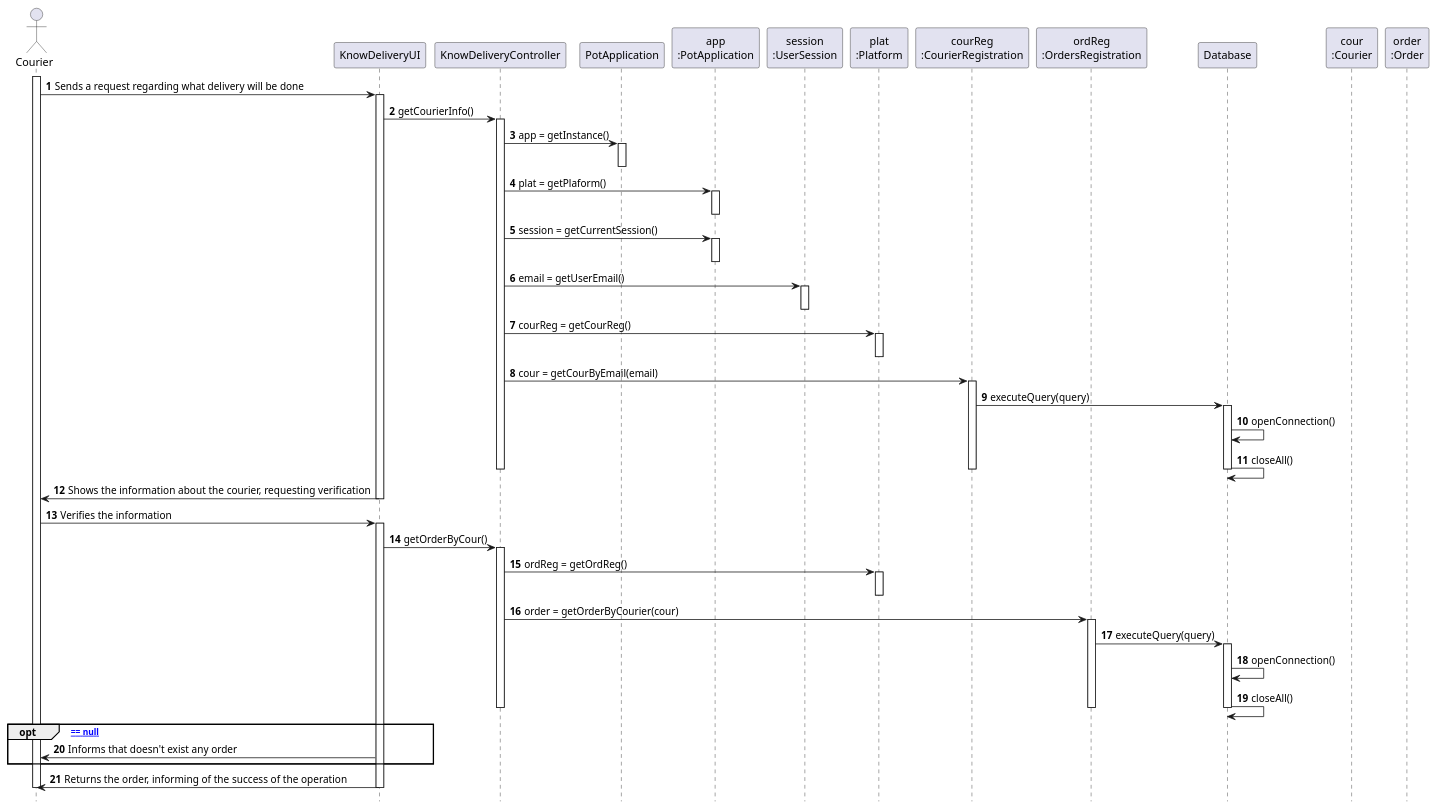
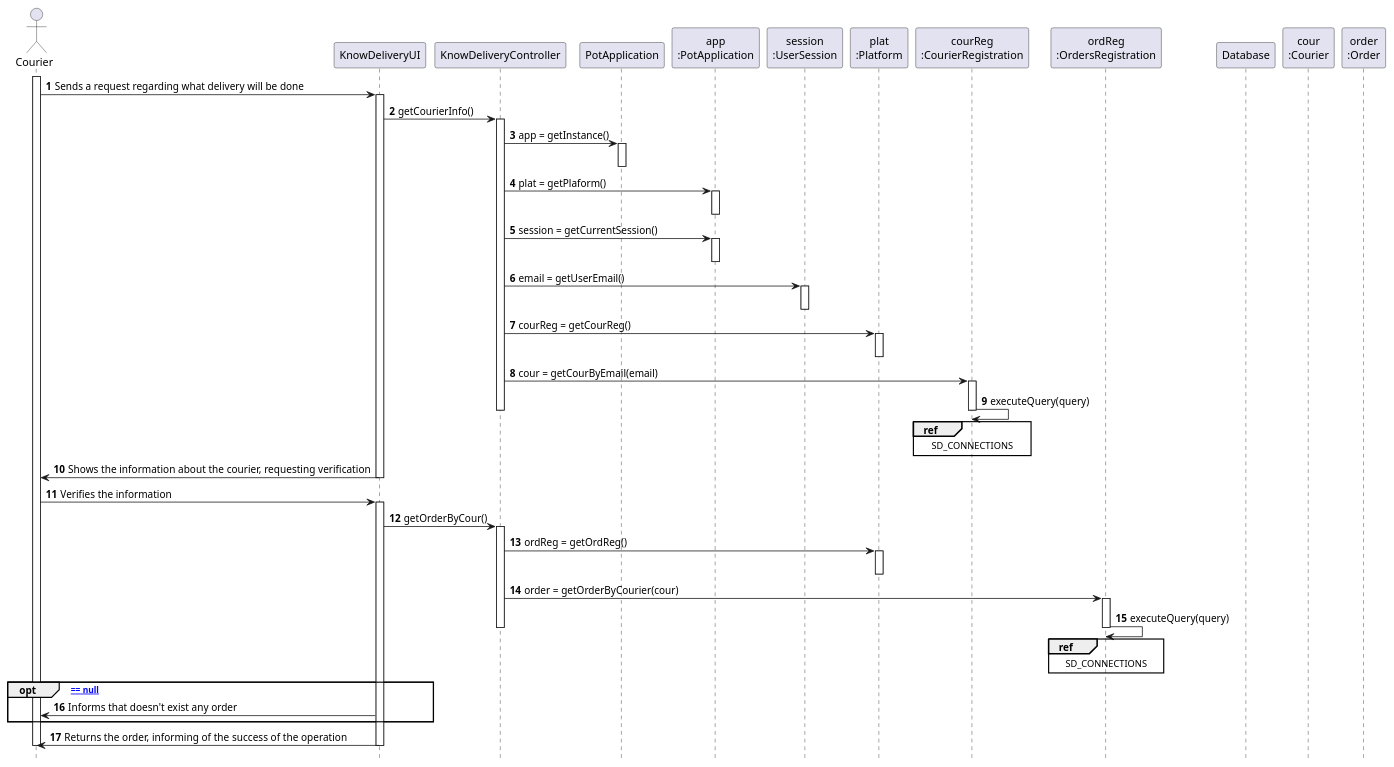
Before and after one commit to tiagoavcosta25/LAPR3: the diagram in docs/Iteration 1/Delivery Information/US48_KnowDelivery/US48_SD.puml, drawn with PlantUML. The commit also changed 3 other files, not shown here.

Commit message:
LAPR2AP2-{All Issues} #development Relational Model [Design] LAPR2AP2-48 #close SD [Design]

```diff
--- a/docs/Iteration 1/Delivery Information/US48_KnowDelivery/US48_SD.puml
+++ b/docs/Iteration 1/Delivery Information/US48_KnowDelivery/US48_SD.puml
@@ -1,77 +1,71 @@
 @startuml
 autonumber
 hide footbox
 
 actor "Courier" as COUR
 
 participant "KnowDeliveryUI" as UI
 participant "KnowDeliveryController" as CTRL
 participant "PotApplication" as _APP
 participant "app\n:PotApplication" as APP
 participant "session\n:UserSession" as SESSION
 participant "plat\n:Platform" as PLAT
 participant "courReg\n:CourierRegistration" as COURREG
 participant "ordReg\n:OrdersRegistration" as ORDREG
 participant "Database" as DB
 participant "cour\n:Courier" as C
 participant "order\n:Order" as O
 
 activate COUR
 
 COUR -> UI : Sends a request regarding what delivery will be done
 activate UI
 UI -> CTRL : getCourierInfo()
 activate CTRL
 CTRL -> _APP: app = getInstance()
 activate _APP
 deactivate _APP
 
 CTRL -> APP: plat = getPlaform()
 activate APP
 deactivate APP
 
 CTRL -> APP: session = getCurrentSession()
 activate APP
 deactivate APP
 
 CTRL -> SESSION: email = getUserEmail()
 activate SESSION
 deactivate SESSION
 CTRL -> PLAT : courReg = getCourReg()
 activate PLAT
 deactivate PLAT
 CTRL -> COURREG : cour = getCourByEmail(email)
 activate COURREG
-COURREG -> DB : executeQuery(query)
-activate DB
-DB -> DB : openConnection()
-DB -> DB : closeAll()
-deactivate DB
+COURREG -> COURREG : executeQuery(query)
+ref over COURREG : SD_CONNECTIONS
 deactivate COURREG
 deactivate CTRL
 UI -> COUR : Shows the information about the courier, requesting verification
 deactivate UI
 COUR -> UI : Verifies the information
 activate UI
 UI -> CTRL : getOrderByCour()
 activate CTRL
 CTRL -> PLAT : ordReg = getOrdReg()
 activate PLAT
 deactivate PLAT
 CTRL -> ORDREG : order = getOrderByCourier(cour)
 activate ORDREG
-ORDREG -> DB : executeQuery(query)
-activate DB
-DB -> DB : openConnection()
-DB -> DB : closeAll()
-deactivate DB
+ORDREG -> ORDREG : executeQuery(query)
+ref over ORDREG : SD_CONNECTIONS
 deactivate ORDREG
 deactivate CTRL
 opt [ order == null]
 UI -> COUR : Informs that doesn't exist any order
 end opt
 UI -> COUR : Returns the order, informing of the success of the operation
 deactivate UI
 deactivate COUR
 
 @enduml
```
